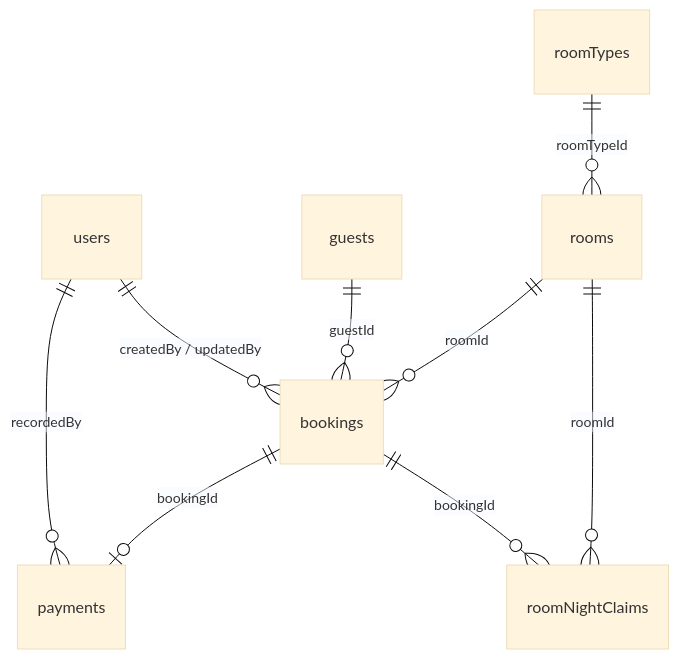
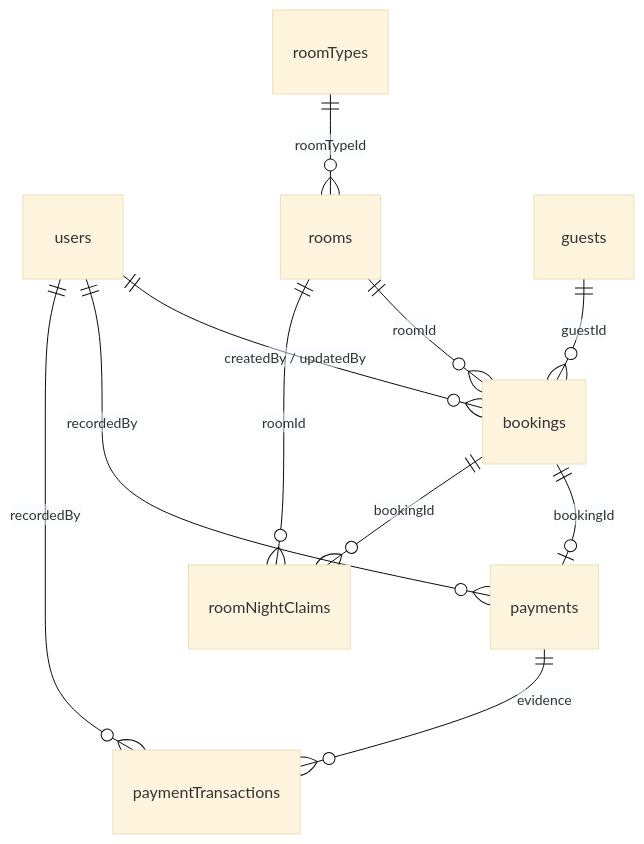
Before and after one commit to Dataserial/Hotel-Lobby: the diagram in docs/step2-data-model.md, drawn with Mermaid (base theme). The commit also changed other lines of this file and 17 other files, not shown here.

````diff
--- a/docs/step2-data-model.md
+++ b/docs/step2-data-model.md
@@ -21,11 +21,13 @@
 ```mermaid
 erDiagram
     users ||--o{ bookings : "createdBy / updatedBy"
     users ||--o{ payments : "recordedBy"
+    users ||--o{ paymentTransactions : "recordedBy"
+    payments ||--o{ paymentTransactions : "evidence"
     roomTypes ||--o{ rooms : "roomTypeId"
     guests ||--o{ bookings : "guestId"
     rooms ||--o{ bookings : "roomId"
     bookings ||--o| payments : "bookingId"
     bookings ||--o{ roomNightClaims : "bookingId"
     rooms ||--o{ roomNightClaims : "roomId"
 ```
````
